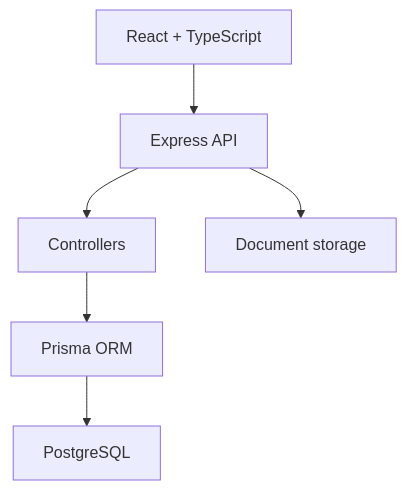
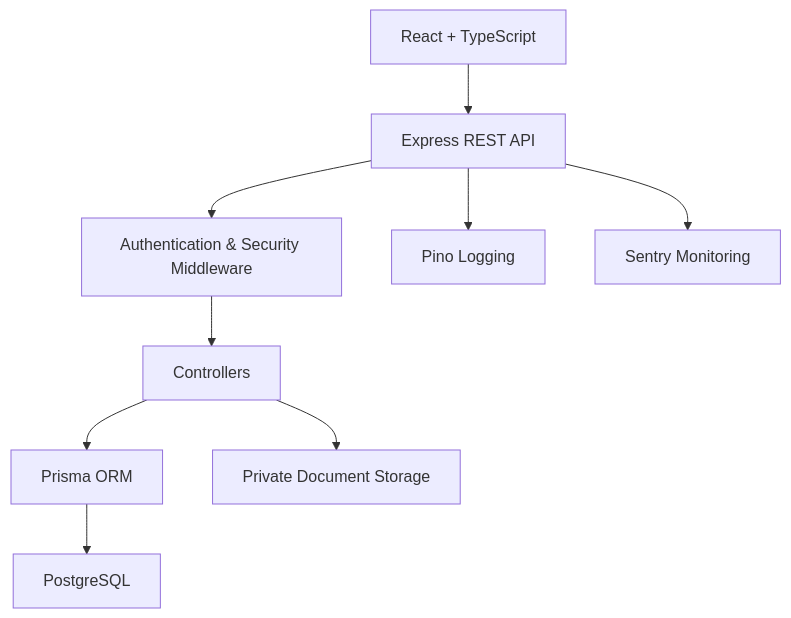
The diagram in README.md (hzitouniATSSU/job-application-tracker), drawn with Mermaid before and after one commit. The commit also changed other lines of this file, not shown here.

````diff
--- a/README.md
+++ b/README.md
@@ -106,8 +154,11 @@
 ```mermaid
 flowchart TD
-    UI["React + TypeScript"] --> API["Express API"]
-    API --> Controllers["Controllers"]
+    UI["React + TypeScript"] --> API["Express REST API"]
+    API --> Auth["Authentication & Security Middleware"]
+    Auth --> Controllers["Controllers"]
     Controllers --> Prisma["Prisma ORM"]
-    Prisma --> Database["PostgreSQL"]
-    API --> Uploads["Document storage"]
+    Prisma --> DB["PostgreSQL"]
+    Controllers --> Storage["Private Document Storage"]
+    API --> Logging["Pino Logging"]
+    API --> Monitoring["Sentry Monitoring"]
 ```
````
